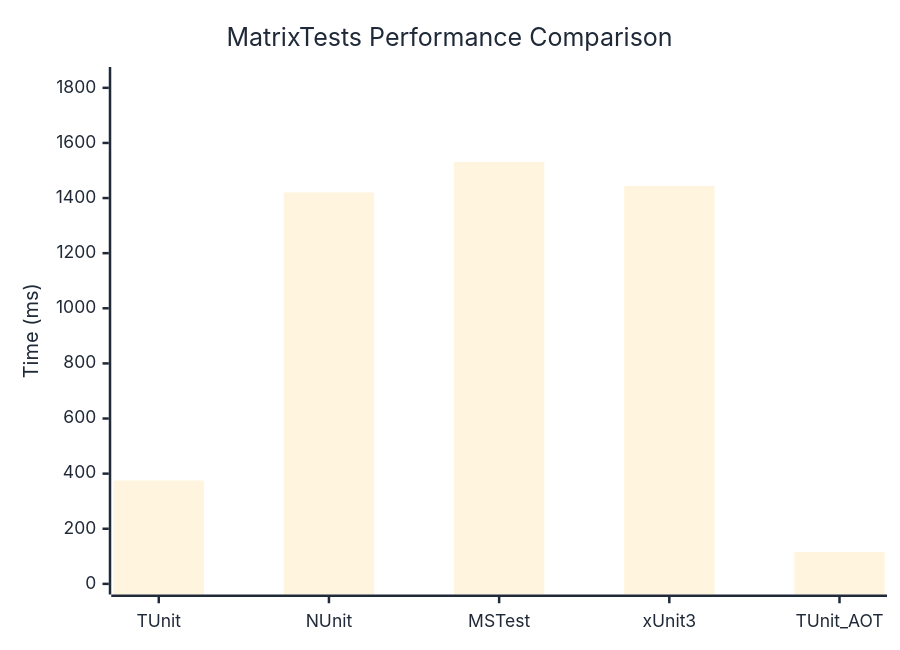
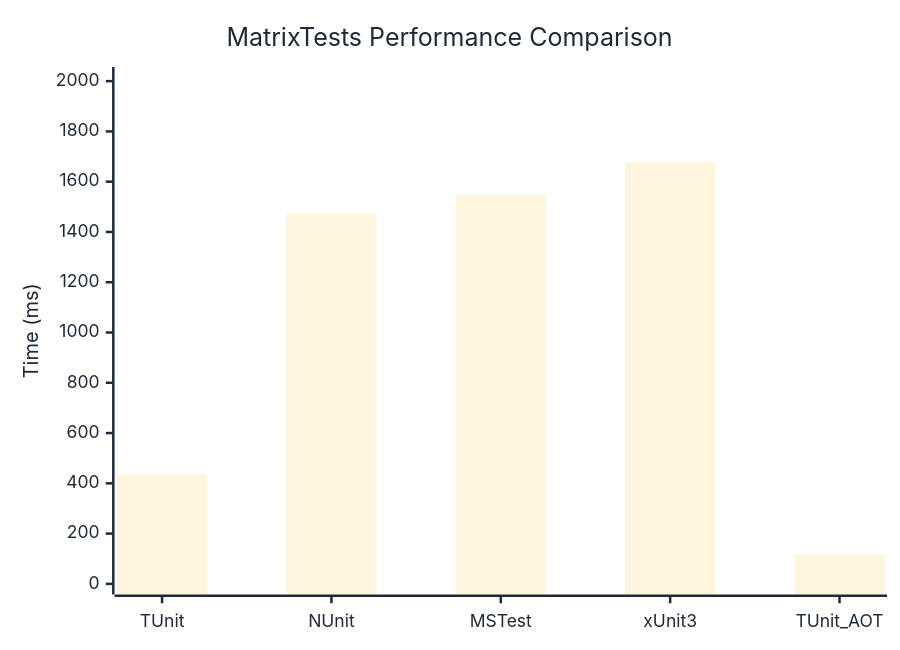
One commit to thomhurst/TUnit changed the diagram in docs/docs/benchmarks/engine/MatrixTests.md. Above: the diagram before and after it, drawn with Mermaid. The commit also changed other lines of this file and 18 other files, not shown here.

````diff
--- a/docs/docs/benchmarks/engine/MatrixTests.md
+++ b/docs/docs/benchmarks/engine/MatrixTests.md
@@ -29,37 +29,37 @@
 ```mermaid
 %%{init: {
   'theme':'base',
   'themeVariables': {
     'primaryColor': '#2563eb',
     'primaryTextColor': '#1f2937',
     'primaryBorderColor': '#1e40af',
     'lineColor': '#6b7280',
     'secondaryColor': '#7c3aed',
     'tertiaryColor': '#dc2626',
     'background': '#ffffff',
     'mainBkg': '#2563eb',
     'secondBkg': '#7c3aed',
     'tertiaryBkg': '#dc2626',
     'clusterBkg': '#f3f4f6',
     'edgeLabelBackground': '#ffffff',
     'tertiaryTextColor': '#1f2937',
     'pie1': '#2563eb',
     'pie2': '#7c3aed',
     'pie3': '#dc2626',
     'pie4': '#f59e0b',
     'pie5': '#10b981',
     'pie6': '#06b6d4',
     'pie7': '#ec4899',
     'pie8': '#6366f1',
     'pie9': '#84cc16',
     'pie10': '#f97316',
     'pie11': '#14b8a6',
     'pie12': '#a855f7'
   }
 }}%%
 xychart-beta
   title "MatrixTests Performance Comparison"
   x-axis ["TUnit", "NUnit", "MSTest", "xUnit3", "TUnit_AOT"]
-  y-axis "Time (ms)" 0 --> 1837
-  bar [375.1, 1420.2, 1530.7, 1443.5, 115.4]
+  y-axis "Time (ms)" 0 --> 2014
+  bar [436.2, 1471.3, 1547.8, 1677.9, 117.8]
 ```
````
